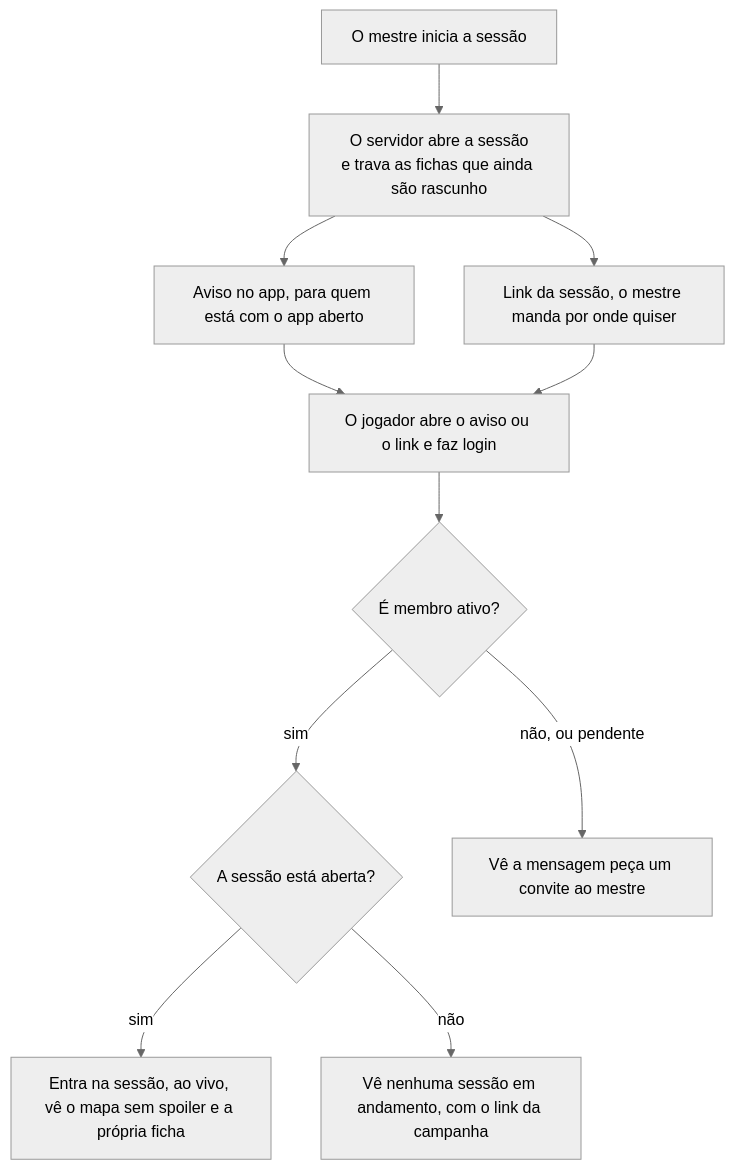
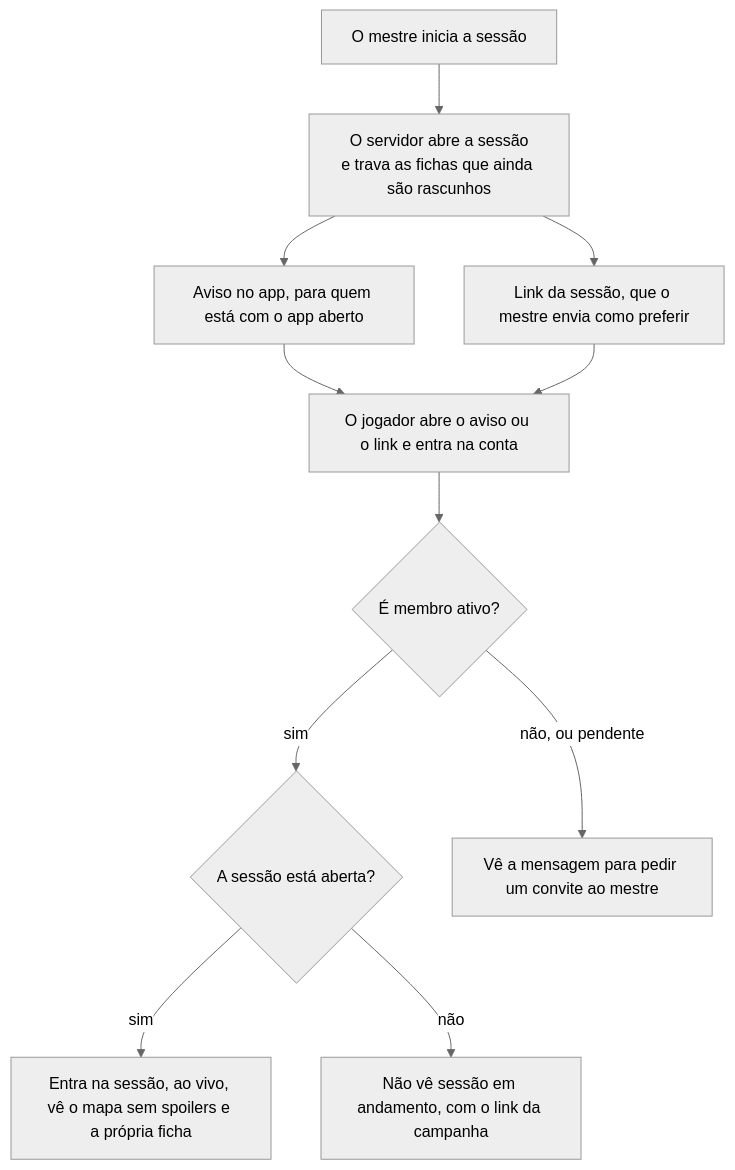
The second of 2 diagrams in docs/pt-BR/produto/regras.md (PuraFome/meuRPG), drawn with Mermaid (neutral theme) before and after one commit. The commit also changed other lines of this file and 16 other files, not shown here.

````diff
--- a/docs/pt-BR/produto/regras.md
+++ b/docs/pt-BR/produto/regras.md
@@ -608,24 +862,24 @@
 ```mermaid
 flowchart TD
     A["O mestre inicia a sessão"]
-    B["O servidor abre a sessão<br/>e trava as fichas que ainda são rascunho"]
+    B["O servidor abre a sessão<br/>e trava as fichas que ainda são rascunhos"]
     C["Aviso no app, para quem está com o app aberto"]
-    D["Link da sessão, o mestre manda por onde quiser"]
-    E["O jogador abre o aviso ou o link e faz login"]
+    D["Link da sessão, que o mestre envia como preferir"]
+    E["O jogador abre o aviso ou o link e entra na conta"]
     F{"É membro ativo?"}
     S{"A sessão está aberta?"}
-    G["Entra na sessão, ao vivo, vê o mapa sem spoiler e a própria ficha"]
-    H["Vê a mensagem peça um convite ao mestre"]
-    N["Vê nenhuma sessão em andamento, com o link da campanha"]
+    G["Entra na sessão, ao vivo, vê o mapa sem spoilers e a própria ficha"]
+    H["Vê a mensagem para pedir um convite ao mestre"]
+    N["Não vê sessão em andamento, com o link da campanha"]
 
     A --> B
     B --> C
     B --> D
     C --> E
     D --> E
     E --> F
     F -->|"sim"| S
     F -->|"não, ou pendente"| H
     S -->|"sim"| G
     S -->|"não"| N
 ```
````
